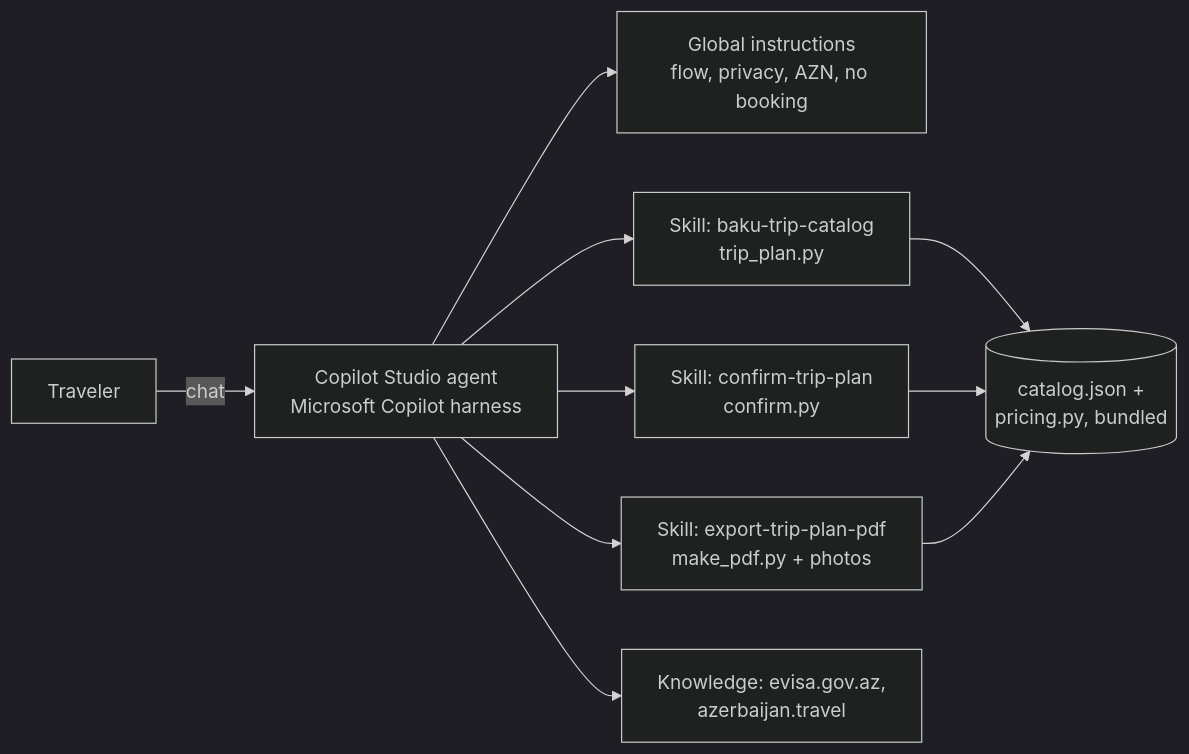
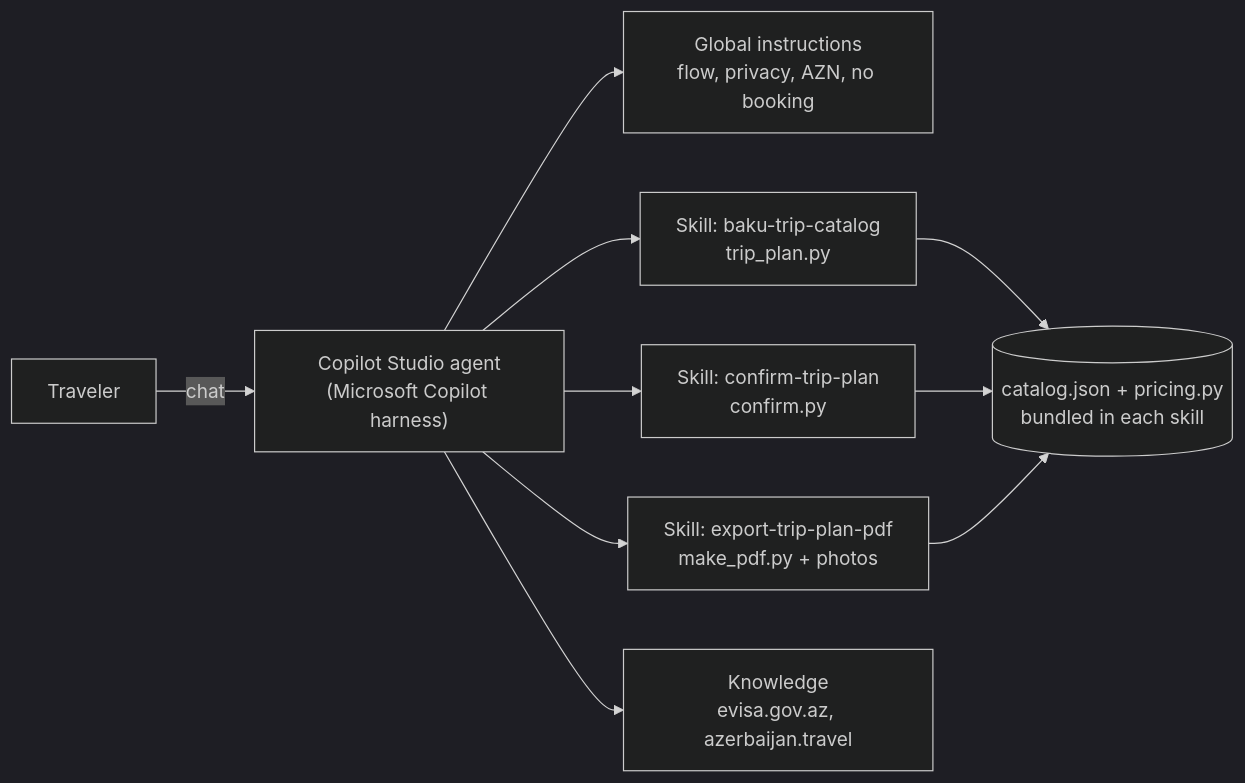
The diagram in README.md (david-lorenzo88/baku-travel-agent), drawn with Mermaid (dark theme) before and after one commit. The commit also changed 3 other files, not shown here.

Commit message:
docs: GitHub-safe Mermaid diagrams; remove GitHub Actions workflow

````diff
--- a/README.md
+++ b/README.md
@@ -88,10 +88,12 @@
 ```mermaid
 flowchart LR
-    U[Traveler] -->|chat| A[Copilot Studio agent<br/>Microsoft Copilot harness]
-    A --> I[Global instructions<br/>flow, privacy, AZN, no booking]
-    A --> S1[Skill: baku-trip-catalog<br/>trip_plan.py]
-    A --> S2[Skill: confirm-trip-plan<br/>confirm.py]
-    A --> S3[Skill: export-trip-plan-pdf<br/>make_pdf.py + photos]
-    A --> K[Knowledge: evisa.gov.az,<br/>azerbaijan.travel]
-    S1 & S2 & S3 --> C[(catalog.json +<br/>pricing.py, bundled)]
+    U["Traveler"] -->|chat| A["Copilot Studio agent<br/>(Microsoft Copilot harness)"]
+    A --> I["Global instructions<br/>flow, privacy, AZN, no booking"]
+    A --> S1["Skill: baku-trip-catalog<br/>trip_plan.py"]
+    A --> S2["Skill: confirm-trip-plan<br/>confirm.py"]
+    A --> S3["Skill: export-trip-plan-pdf<br/>make_pdf.py + photos"]
+    A --> K["Knowledge<br/>evisa.gov.az, azerbaijan.travel"]
+    S1 --> C[("catalog.json + pricing.py<br/>bundled in each skill")]
+    S2 --> C
+    S3 --> C
 ```
````
